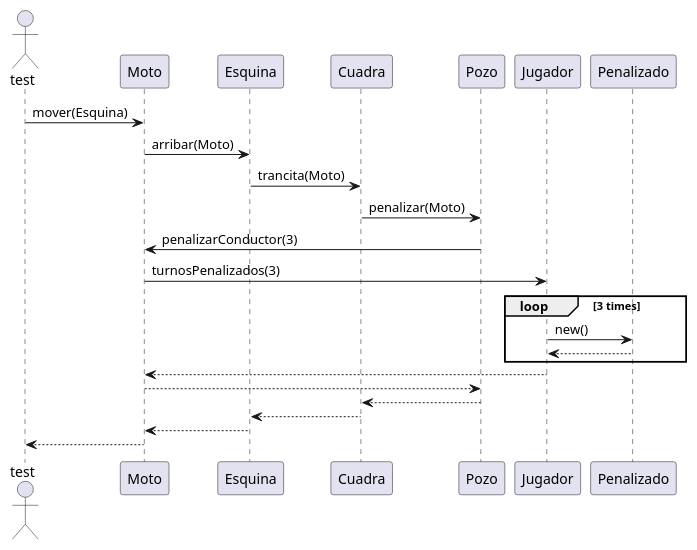
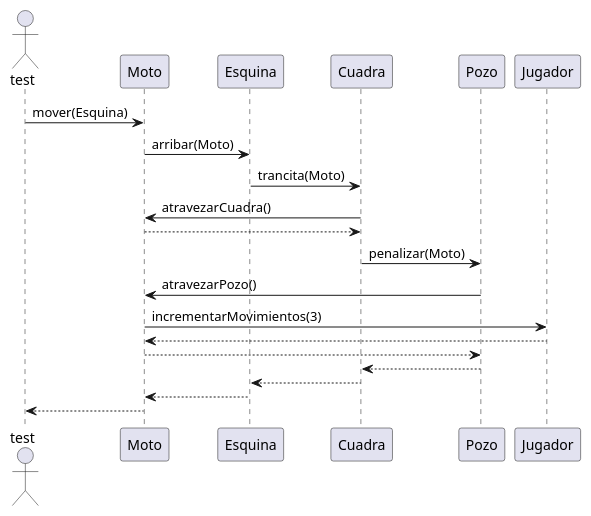
Before and after one commit to TP2Algo3FIUBA/tp2: the diagram in diagrams/sequences/entrega01/CasoDeUso01.plantuml, drawn with PlantUML. The commit also changed 10 other files, not shown here.

Commit message:
Entrega01  - Implementacion diagramas secuencia

```diff
--- a/diagrams/sequences/entrega01/CasoDeUso01.plantuml
+++ b/diagrams/sequences/entrega01/CasoDeUso01.plantuml
@@ -1,21 +1,17 @@
 @startuml
 Actor test
 test -> Moto : mover(Esquina)
 Moto -> Esquina: arribar(Moto)
 Esquina -> Cuadra: trancita(Moto)
-
+Cuadra -> Moto: atravezarCuadra()
+Moto --> Cuadra
 Cuadra -> Pozo: penalizar(Moto)
-Pozo -> Moto: penalizarConductor(3)
-Moto-> Jugador: turnosPenalizados(3)
-loop 3 times
-Jugador -> Penalizado: new()
-Penalizado --> Jugador
-end
+Pozo -> Moto: atravezarPozo()
+Moto -> Jugador: incrementarMovimientos(3)
 Jugador --> Moto
 Moto --> Pozo
 Pozo --> Cuadra
 Cuadra --> Esquina
 Esquina --> Moto
 Moto --> test
-
 @enduml
```
